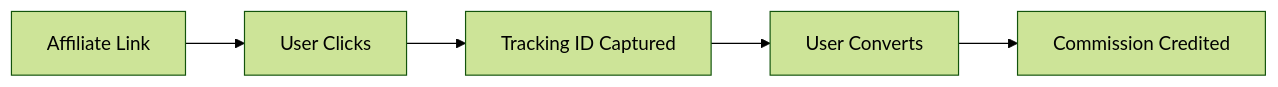
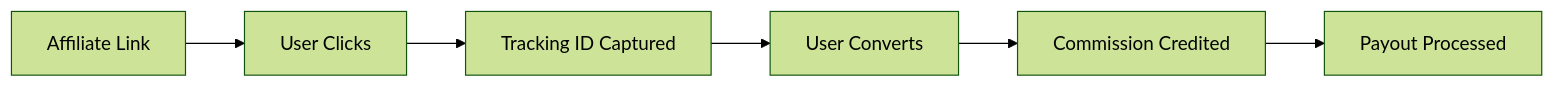
One commit to KieronAffelios/docs changed the diagram in knowledge-base/operators/setup-guide.mdx. Above: the diagram before and after it, drawn with Mermaid (forest theme). The commit also changed other lines of this file, not shown here.

````diff
--- a/knowledge-base/operators/setup-guide.mdx
+++ b/knowledge-base/operators/setup-guide.mdx
@@ -420,7 +492,8 @@
 ```mermaid
 graph LR
     A[Affiliate Link] --> B[User Clicks]
     B --> C[Tracking ID Captured]
     C --> D[User Converts]
     D --> E[Commission Credited]
+    E --> F[Payout Processed]
 ```
````
